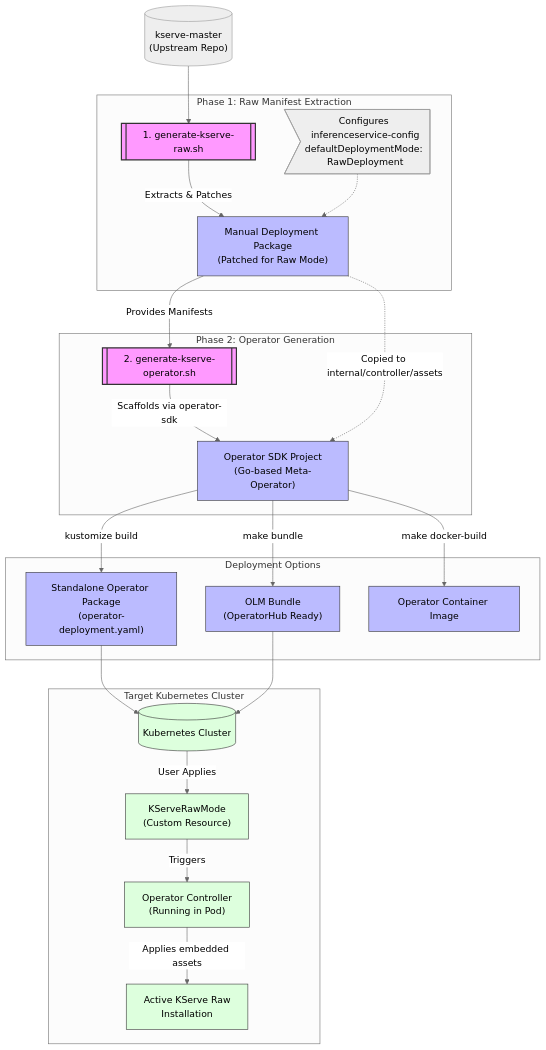
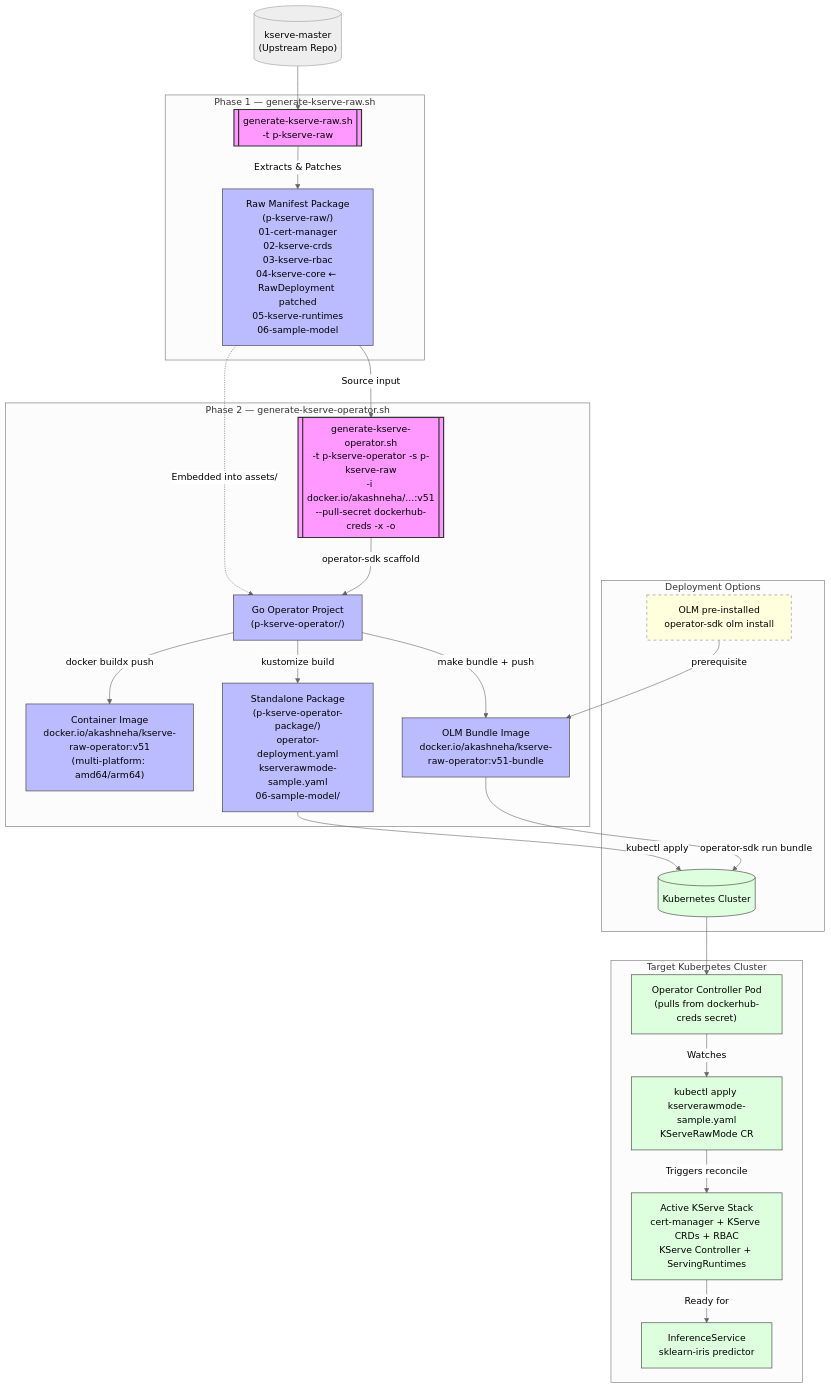
Before and after one commit to skyakash/kserve-op: the first of 2 diagrams in architecture-diagram.md, drawn with Mermaid (neutral theme). The commit also changed other lines of this file, not shown here.

Commit message:
docs: improve architecture diagram with real values, OLM flow, and E2E test summary

````diff
--- a/architecture-diagram.md
+++ b/architecture-diagram.md
@@ -7,45 +7,51 @@
 ```mermaid
 flowchart TD
     classDef script fill:#f9f,stroke:#333,stroke-width:2px;
     classDef package fill:#bbf,stroke:#333,stroke-width:1px;
     classDef k8s fill:#dfd,stroke:#333,stroke-width:1px;
+    classDef prereq fill:#ffd,stroke:#888,stroke-width:1px,stroke-dasharray:5;
 
     Source[("kserve-master\n(Upstream Repo)")] --> ExtractScript
 
-    subgraph Phase 1: Raw Manifest Extraction
-        ExtractScript[["1. generate-kserve-raw.sh"]]:::script
-        RawPkg["Manual Deployment Package\n(Patched for Raw Mode)"]:::package
-        
+    subgraph Phase1["Phase 1 — generate-kserve-raw.sh"]
+        ExtractScript[["generate-kserve-raw.sh\n-t p-kserve-raw"]]:::script
+        RawPkg["Raw Manifest Package\n(p-kserve-raw/)\n01-cert-manager\n02-kserve-crds\n03-kserve-rbac\n04-kserve-core ← RawDeployment patched\n05-kserve-runtimes\n06-sample-model"]:::package
         ExtractScript -->|Extracts & Patches| RawPkg
-        Notes1>Configures inferenceservice-config\ndefaultDeploymentMode: RawDeployment] -.-> RawPkg
     end
 
-    RawPkg -->|Provides Manifests| OperScript
+    RawPkg -->|Source input| OperScript
 
-    subgraph Phase 2: Operator Generation
-        OperScript[["2. generate-kserve-operator.sh"]]:::script
-        OperProj["Operator SDK Project\n(Go-based Meta-Operator)"]:::package
-        
-        OperScript -->|Scaffolds via operator-sdk| OperProj
-        RawPkg -.->|Copied to internal/controller/assets| OperProj
+    subgraph Phase2["Phase 2 — generate-kserve-operator.sh"]
+        OperScript[["generate-kserve-operator.sh\n-t p-kserve-operator -s p-kserve-raw\n-i docker.io/akashneha/...:v51\n--pull-secret dockerhub-creds -x -o"]]:::script
+        OperProj["Go Operator Project\n(p-kserve-operator/)"]:::package
+        DockerImg["Container Image\ndocker.io/akashneha/kserve-raw-operator:v51\n(multi-platform: amd64/arm64)"]:::package
+        StandalonePkg["Standalone Package\n(p-kserve-operator-package/)\noperator-deployment.yaml\nkserverawmode-sample.yaml\n06-sample-model/"]:::package
+        OLMPkg["OLM Bundle Image\ndocker.io/akashneha/kserve-raw-operator:v51-bundle"]:::package
+
+        OperScript -->|operator-sdk scaffold| OperProj
+        RawPkg -.->|Embedded into assets/| OperProj
+        OperProj -->|docker buildx push| DockerImg
+        OperProj -->|kustomize build| StandalonePkg
+        OperProj -->|make bundle + push| OLMPkg
     end
 
-    subgraph Deployment Options
-        OperProj -->|kustomize build| StandalonePkg["Standalone Operator Package\n(operator-deployment.yaml)"]:::package
-        OperProj -->|make bundle| OLMPkg["OLM Bundle\n(OperatorHub Ready)"]:::package
-        OperProj -->|make docker-build| DockerImg["Operator Container Image"]:::package
+    subgraph Deploy["Deployment Options"]
+        OLM["OLM pre-installed\noperator-sdk olm install"]:::prereq
+        OLM -->|prerequisite| OLMPkg
+        OLMPkg -->|operator-sdk run bundle| K8sCluster
+        StandalonePkg -->|kubectl apply| K8sCluster
     end
 
-    StandalonePkg --> K8sCluster
-    OLMPkg --> K8sCluster
+    subgraph K8s["Target Kubernetes Cluster"]
+        K8sCluster[("Kubernetes Cluster")]:::k8s
+        OperPod["Operator Controller Pod\n(pulls from dockerhub-creds secret)"]:::k8s
+        CR["kubectl apply kserverawmode-sample.yaml\nKServeRawMode CR"]:::k8s
+        KServeStack["Active KServe Stack\ncert-manager + KServe CRDs + RBAC\nKServe Controller + ServingRuntimes"]:::k8s
+        IFSvc["InferenceService\nsklearn-iris predictor"]:::k8s
 
-    subgraph Target Kubernetes Cluster
-        K8sCluster[("Kubernetes Cluster")]:::k8s
-        CR["KServeRawMode\n(Custom Resource)"]:::k8s
-        GoController["Operator Controller\n(Running in Pod)"]:::k8s
-        
-        K8sCluster -->|User Applies| CR
-        CR -->|Triggers| GoController
-        GoController -->|Applies embedded assets| KServeActive["Active KServe Raw\nInstallation"]:::k8s
+        K8sCluster --> OperPod
+        OperPod -->|Watches| CR
+        CR -->|Triggers reconcile| KServeStack
+        KServeStack -->|Ready for| IFSvc
     end
 ```
````
